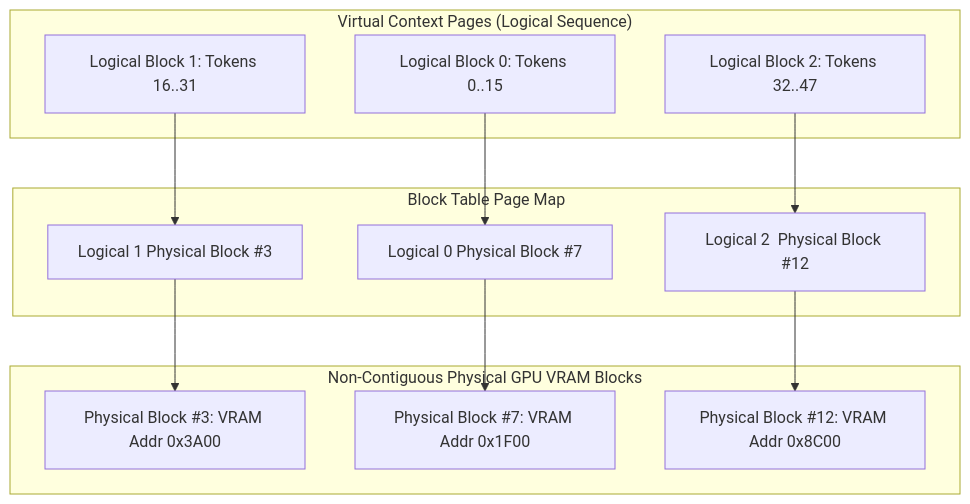
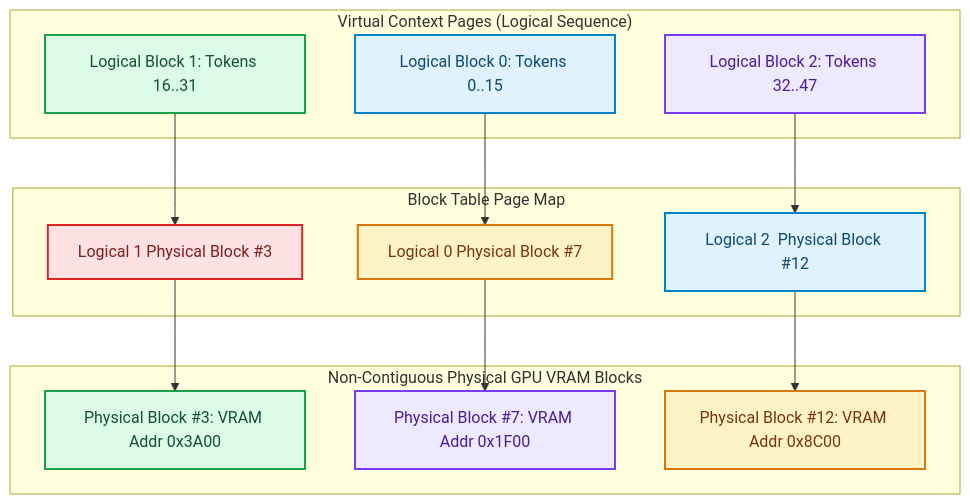
Before and after one commit to akmalkhaniub/akmalkhaniub.github.io: the diagram in blog/posts/kv-cache-optimization-pagedattention-long-context-agents.md, drawn with Mermaid. The commit also changed other lines of this file and 1291 other files, not shown here.

First line of the commit message:
feat(catalog): unique covers, scholarly references, and diagram palettes

````diff
--- a/blog/posts/kv-cache-optimization-pagedattention-long-context-agents.md
+++ b/blog/posts/kv-cache-optimization-pagedattention-long-context-agents.md
@@ -19,24 +19,35 @@
 ```mermaid
 flowchart TD
   subgraph SG1_VirtualContextPages ["Virtual Context Pages (Logical Sequence)"]
-    A[Logical Block 0: Tokens 0..15]
-    B[Logical Block 1: Tokens 16..31]
-    C[Logical Block 2: Tokens 32..47]
+    A["Logical Block 0: Tokens 0..15"]
+    B["Logical Block 1: Tokens 16..31"]
+    C["Logical Block 2: Tokens 32..47"]
   end
   
   subgraph SG2_BlockTablePage ["Block Table Page Map"]
-    D[Logical 0  Physical Block #7]
-    E[Logical 1  Physical Block #3]
-    F[Logical 2  Physical Block #12]
+    D["Logical 0  Physical Block #7"]
+    E["Logical 1  Physical Block #3"]
+    F["Logical 2  Physical Block #12"]
   end
   
   subgraph SG3_NonContiguousPhysical ["Non-Contiguous Physical GPU VRAM Blocks"]
-    G[Physical Block #3: VRAM Addr 0x3A00]
-    H[Physical Block #7: VRAM Addr 0x1F00]
-    I[Physical Block #12: VRAM Addr 0x8C00]
+    G["Physical Block #3: VRAM Addr 0x3A00"]
+    H["Physical Block #7: VRAM Addr 0x1F00"]
+    I["Physical Block #12: VRAM Addr 0x8C00"]
   end
   
   A --> D --> H
   B --> E --> G
   C --> F --> I
+
+classDef green fill:#dcfce7,stroke:#16a34a,stroke-width:2px,color:#14532d;
+classDef red fill:#fee2e2,stroke:#dc2626,stroke-width:2px,color:#7f1d1d;
+classDef blue fill:#e0f2fe,stroke:#0284c7,stroke-width:2px,color:#0c4a6e;
+classDef yellow fill:#fef3c7,stroke:#d97706,stroke-width:2px,color:#78350f;
+classDef purple fill:#ede9fe,stroke:#7c3aed,stroke-width:2px,color:#4c1d95;
+class A,F blue
+class B,G green
+class C,H purple
+class D,I yellow
+class E red
 ```
````
